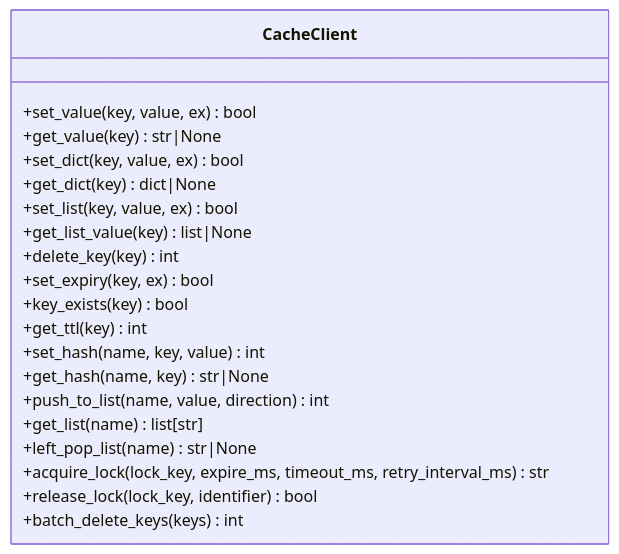
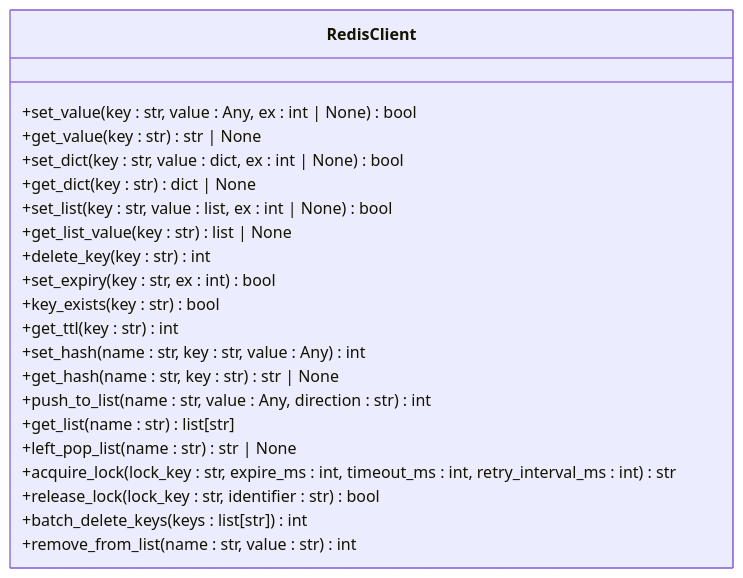
The third of 7 diagrams in .qoder/repowiki/zh/content/缓存系统/缓存系统.md (lilinzezzzzzz/fastapi-backend), drawn with Mermaid before and after one commit. The commit also changed other lines of this file and 42 other files, not shown here.

````diff
--- a/.qoder/repowiki/zh/content/缓存系统/缓存系统.md
+++ b/.qoder/repowiki/zh/content/缓存系统/缓存系统.md
@@ -178,23 +195,24 @@
 ```mermaid
 classDiagram
-class CacheClient {
-+set_value(key, value, ex) bool
-+get_value(key) str|None
-+set_dict(key, value, ex) bool
-+get_dict(key) dict|None
-+set_list(key, value, ex) bool
-+get_list_value(key) list|None
-+delete_key(key) int
-+set_expiry(key, ex) bool
-+key_exists(key) bool
-+get_ttl(key) int
-+set_hash(name, key, value) int
-+get_hash(name, key) str|None
-+push_to_list(name, value, direction) int
-+get_list(name) list[str]
-+left_pop_list(name) str|None
-+acquire_lock(lock_key, expire_ms, timeout_ms, retry_interval_ms) str
-+release_lock(lock_key, identifier) bool
-+batch_delete_keys(keys) int
+class RedisClient {
++set_value(key : str, value : Any, ex : int | None) bool
++get_value(key : str) str | None
++set_dict(key : str, value : dict, ex : int | None) bool
++get_dict(key : str) dict | None
++set_list(key : str, value : list, ex : int | None) bool
++get_list_value(key : str) list | None
++delete_key(key : str) int
++set_expiry(key : str, ex : int) bool
++key_exists(key : str) bool
++get_ttl(key : str) int
++set_hash(name : str, key : str, value : Any) int
++get_hash(name : str, key : str) str | None
++push_to_list(name : str, value : Any, direction : str) int
++get_list(name : str) list[str]
++left_pop_list(name : str) str | None
++acquire_lock(lock_key : str, expire_ms : int, timeout_ms : int, retry_interval_ms : int) str
++release_lock(lock_key : str, identifier : str) bool
++batch_delete_keys(keys : list[str]) int
++remove_from_list(name : str, value : str) int
 }
 ```
````
